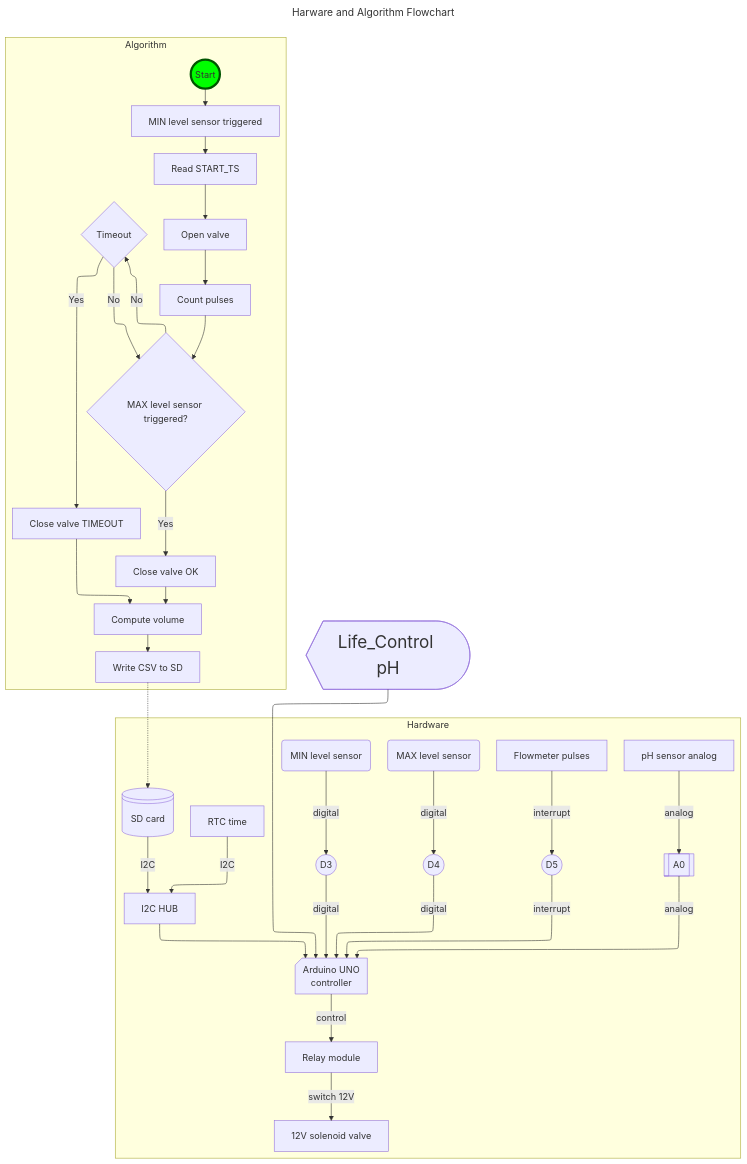
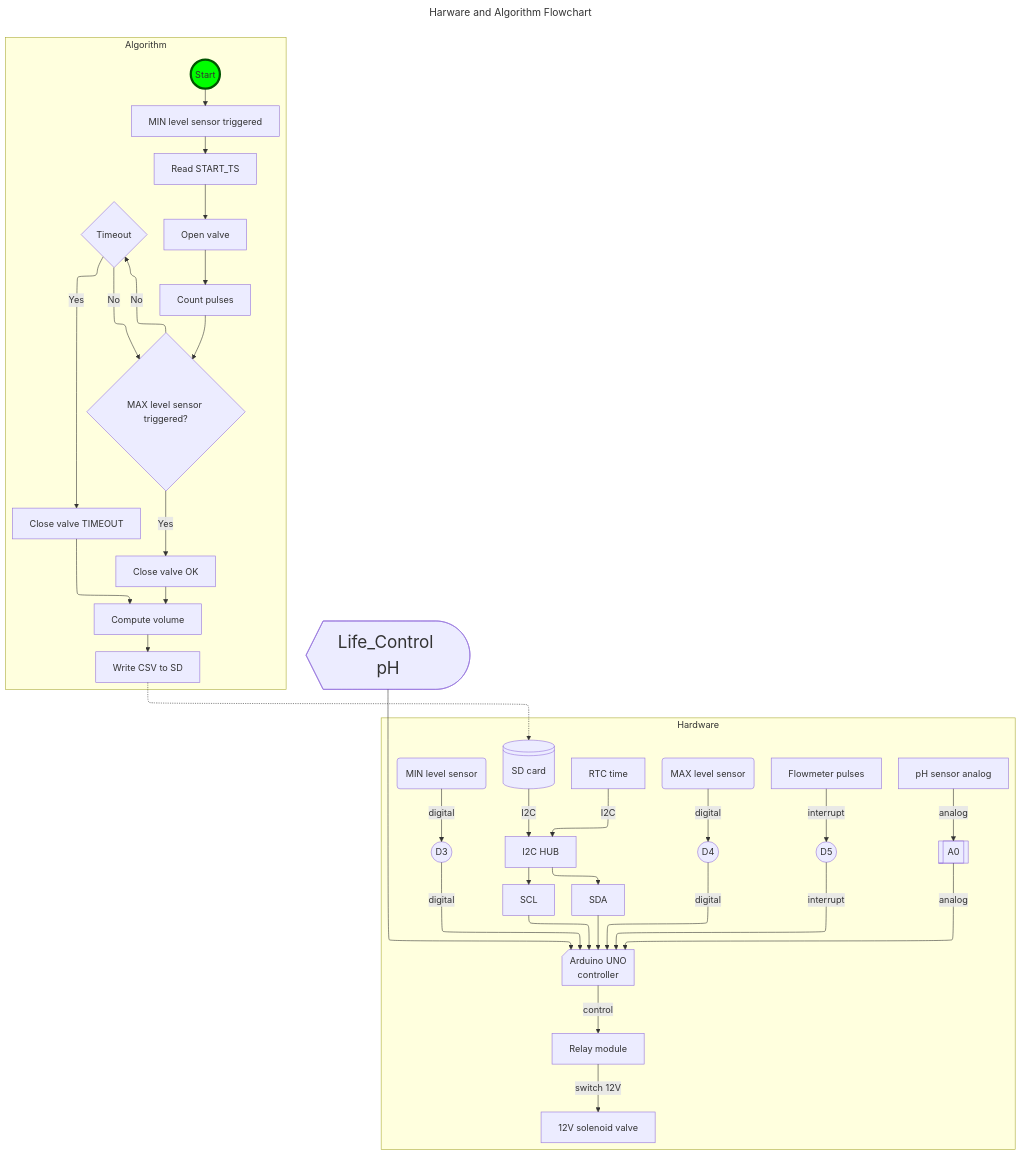
One commit to Mvil34998/Colant-automation changed the diagram in Documentation/Coolant_Control_System_v2_ultra.mmd. Above: the diagram before and after it, drawn with Mermaid. The commit also changed 13 other files, not shown here.

```diff
--- a/Documentation/Coolant_Control_System_v2_ultra.mmd
+++ b/Documentation/Coolant_Control_System_v2_ultra.mmd
@@ -1,90 +1,95 @@
 ---
 title: Harware and Algorithm Flowchart
 config:
   layout: elk
   elk:
     mergeEdges: true
     nodePlacementStrategy: LINEAR_SEGMENTS
 ---
 
 flowchart
 %%Analog in
     A0[[A0]]
     %%A1[[A1]]
     %%A2[[A2]]
     %%A3[[A3]]
     %%A4[[A4]]
     %%A5[[A5]]
 %%Digital in
     %%D1((D1))
     %%D2((D2))
     D3((D3))
     D4((D4))
     D5((D5))
     %%D6((D6))
     %%D7((D7))
     %%D8((D8))
     %%D9((D9))
     %%D10((D10))
     %%D11((D11))
     %%D12((D12))
+    SDA[SDA]
+    SCL[SCL]
 MCU@{shape: card ,label: "Arduino UNO\ncontroller"}
 HWMIN@{shape: event ,label: "MIN level sensor"}
 HWMAX@{shape: event ,label: "MAX level sensor"}
 HWSD@{shape: disk ,label: "SD card"}
 HWFLOW@{shape: ,label: "Flowmeter pulses"}
 HWPH@{shape: ,label: "pH sensor analog"}
 HWRTC@{shape: ,label: "RTC time"}
 I2C@{shape: ,label: "I2C HUB"}
 HWRELAY@{shape: ,label: "Relay module"}
 HWVALVE@{shape: ,label: "12V solenoid valve"}
     subgraph Hardware
         HWMIN -->|digital| D3
         D3-->|digital| MCU
         HWMAX -->|digital| D4
         D4 -->|digital| MCU
         HWFLOW -->|interrupt| D5
         D5 -->|interrupt| MCU
         HWPH -->|analog| A0
         A0 -->|analog| MCU
         HWRTC -->|I2C|I2C
         HWSD -->|I2C| I2C
         
         MCU -->|control| HWRELAY
         HWRELAY -->|switch 12V| HWVALVE
-        I2C --> MCU
+        I2C --> SDA
+        I2C --> SCL
+        SDA --> MCU
+        SCL --> MCU
     end
 
 Strat((Start))
 LG1@{shape: ,label: "MIN level sensor triggered"}
 style Strat fill:#0f0,stroke:#050,stroke-width:4px
 LGQ1@{shape: diam ,label: "MAX level sensor triggered?"}
 LG2@{shape: ,label: "Read START_TS"}
 LG3@{shape: ,label: "Open valve"}
 LG4@{shape: ,label: "Count pulses"}
 LGQ2@{shape: diam ,label: "Timeout"}
 LGX@{shape:  ,label: "Close valve TIMEOUT"}
 LG5@{shape:  ,label: "Close valve OK"}
 LG6@{shape:  ,label: "Compute volume"}
 LG8@{shape:  ,label: "Write CSV to SD"}
     subgraph Algorithm
         Strat --> LG1
         LG1 --> LG2
         LG2 --> LG3
         LG3 --> LG4
         LG4 --> LGQ1
         LGQ1 -- No --> LGQ2
         LGQ2 -- No --> LGQ1 
         LGQ2 -- Yes --> LGX
         LGQ1-- Yes --> LG5
         LG5 --> LG6
         LGX --> LG6
     
         LG6 --> LG8
         LG8 -..-> HWSD 
 
     end
 classDef big font-size:30px;
     LG7@{shape: curv-trap ,label: "Life_Control pH"}
     class LG7 big;
     LG7 --> MCU
```
